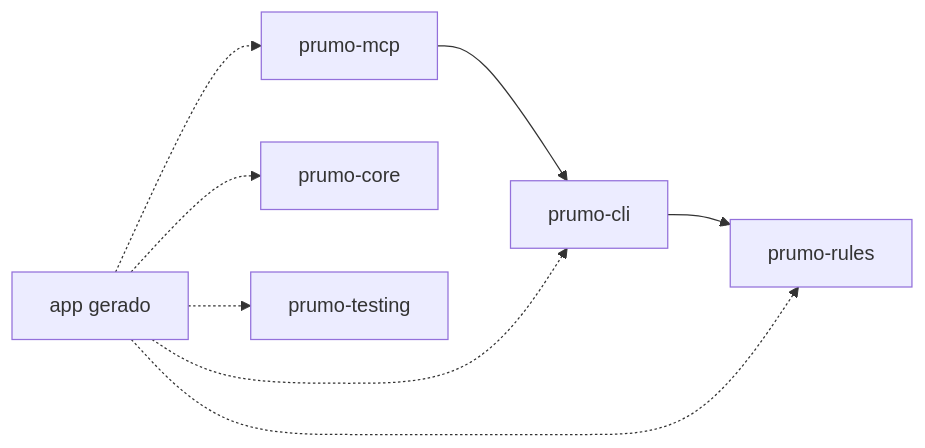
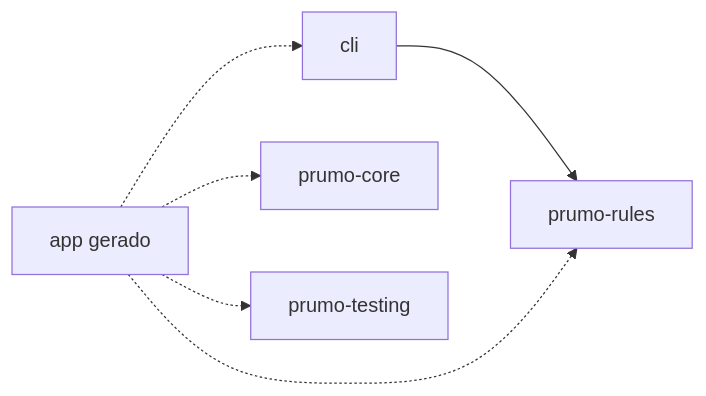
One commit to matizze/prumo changed the diagram in docs/contributing/internals.md. Above: the diagram before and after it, drawn with Mermaid. The commit also changed other lines of this file and 127 other files, not shown here.

First line of the commit message:
feat(cli): base da cli nova com commander; sai o mcp

````diff
--- a/docs/contributing/internals.md
+++ b/docs/contributing/internals.md
@@ -25,10 +23,8 @@
 ```mermaid
 flowchart LR
-  mcp["prumo-mcp"] --> cli["prumo-cli"]
   cli --> rules["prumo-rules"]
   app["app gerado"] -.-> core["prumo-core"]
   app -.-> testing["prumo-testing"]
   app -.-> cli
-  app -.-> mcp
   app -.-> rules
 ```
````
